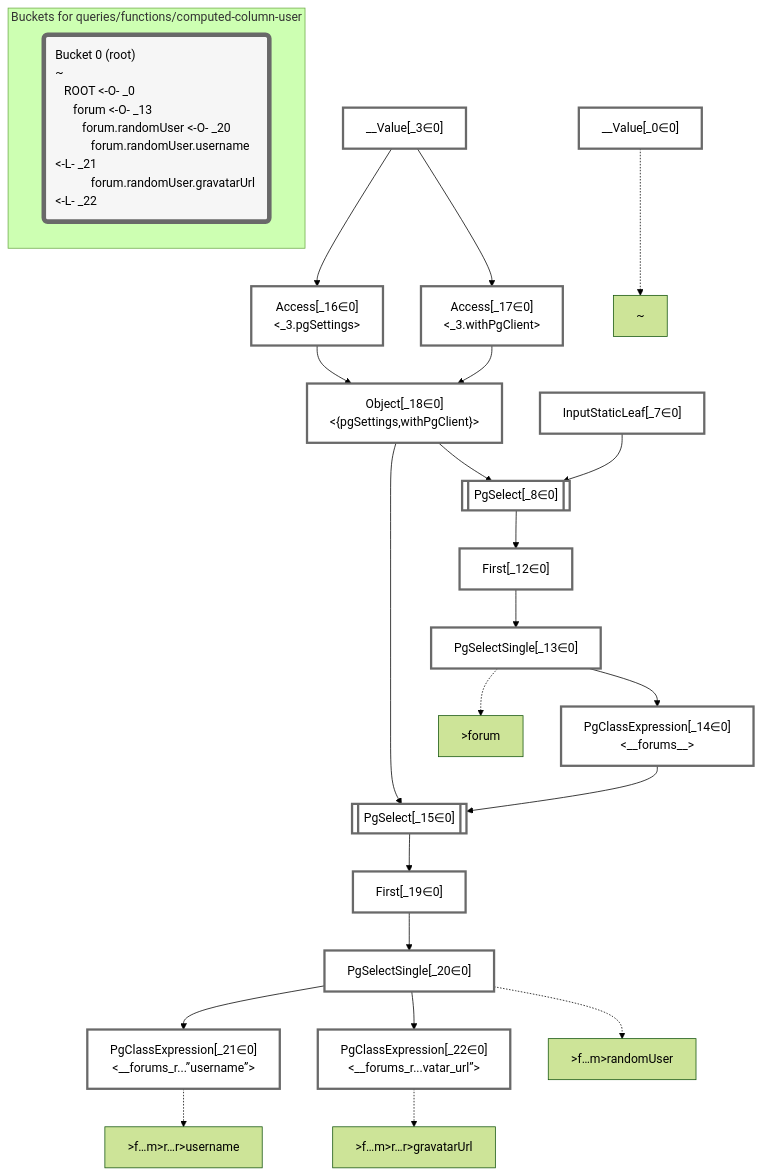
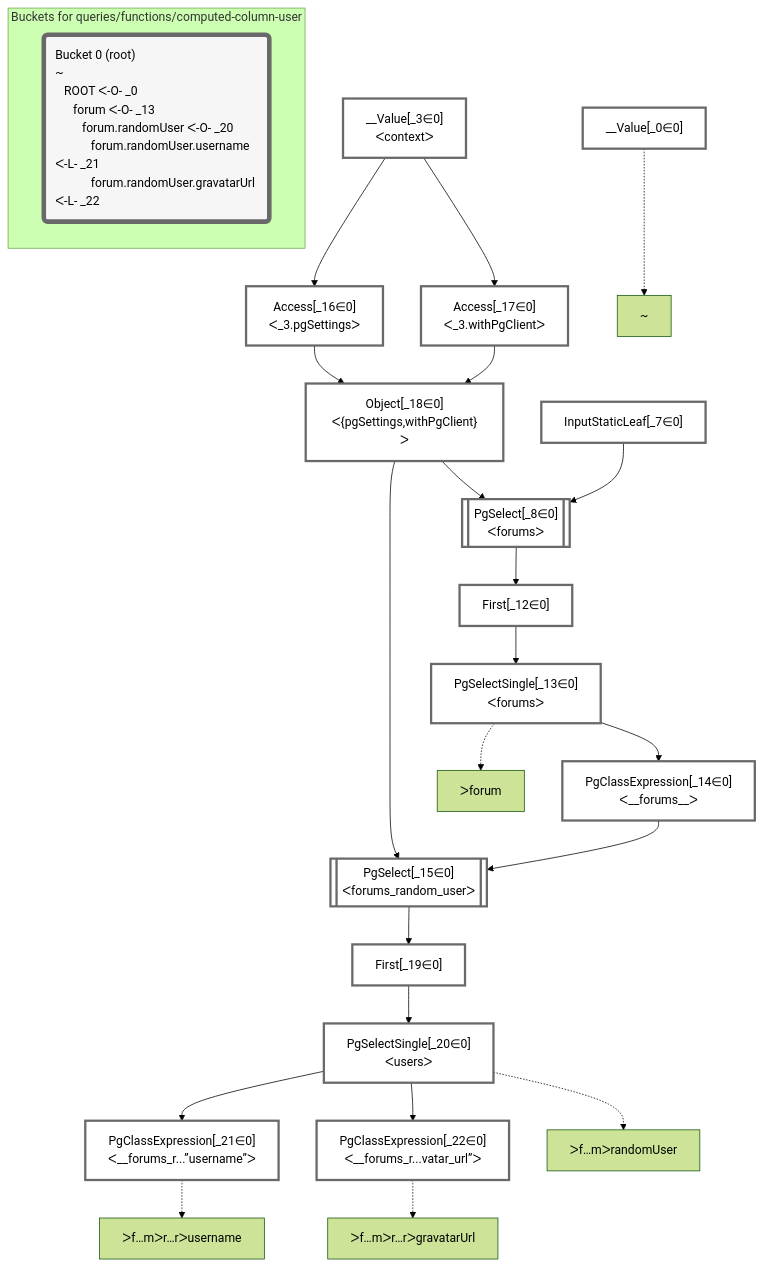
Before and after one commit to graphile/crystal: the diagram in packages/dataplan-pg/__tests__/queries/functions/computed-column-user.deopt.mermaid.md, drawn with Mermaid (forest theme). The commit also changed 195 other files, not shown here.

````diff
--- a/packages/dataplan-pg/__tests__/queries/functions/computed-column-user.deopt.mermaid.md
+++ b/packages/dataplan-pg/__tests__/queries/functions/computed-column-user.deopt.mermaid.md
@@ -1,64 +1,64 @@
 ```mermaid
 graph TD
     classDef path fill:#eee,stroke:#000,color:#000
     classDef plan fill:#fff,stroke-width:3px,color:#000
     classDef itemplan fill:#fff,stroke-width:6px,color:#000
     classDef sideeffectplan fill:#f00,stroke-width:6px,color:#000
     classDef bucket fill:#f6f6f6,color:#000,stroke-width:6px,text-align:left
 
 
     %% define plans
     __Value_0["__Value[_0∈0]"]:::plan
-    __Value_3["__Value[_3∈0]<br /><context>"]:::plan
+    __Value_3["__Value[_3∈0]<br />ᐸcontextᐳ"]:::plan
     InputStaticLeaf_7["InputStaticLeaf[_7∈0]"]:::plan
-    PgSelect_8[["PgSelect[_8∈0]<br /><forums>"]]:::plan
+    PgSelect_8[["PgSelect[_8∈0]<br />ᐸforumsᐳ"]]:::plan
     First_12["First[_12∈0]"]:::plan
-    PgSelectSingle_13["PgSelectSingle[_13∈0]<br /><forums>"]:::plan
-    PgClassExpression_14["PgClassExpression[_14∈0]<br /><__forums__>"]:::plan
-    PgSelect_15[["PgSelect[_15∈0]<br /><forums_random_user>"]]:::plan
-    Access_16["Access[_16∈0]<br /><_3.pgSettings>"]:::plan
-    Access_17["Access[_17∈0]<br /><_3.withPgClient>"]:::plan
-    Object_18["Object[_18∈0]<br /><{pgSettings,withPgClient}>"]:::plan
+    PgSelectSingle_13["PgSelectSingle[_13∈0]<br />ᐸforumsᐳ"]:::plan
+    PgClassExpression_14["PgClassExpression[_14∈0]<br />ᐸ__forums__ᐳ"]:::plan
+    PgSelect_15[["PgSelect[_15∈0]<br />ᐸforums_random_userᐳ"]]:::plan
+    Access_16["Access[_16∈0]<br />ᐸ_3.pgSettingsᐳ"]:::plan
+    Access_17["Access[_17∈0]<br />ᐸ_3.withPgClientᐳ"]:::plan
+    Object_18["Object[_18∈0]<br />ᐸ{pgSettings,withPgClient}ᐳ"]:::plan
     First_19["First[_19∈0]"]:::plan
-    PgSelectSingle_20["PgSelectSingle[_20∈0]<br /><users>"]:::plan
-    PgClassExpression_21["PgClassExpression[_21∈0]<br /><__forums_r...”username”>"]:::plan
-    PgClassExpression_22["PgClassExpression[_22∈0]<br /><__forums_r...vatar_url”>"]:::plan
+    PgSelectSingle_20["PgSelectSingle[_20∈0]<br />ᐸusersᐳ"]:::plan
+    PgClassExpression_21["PgClassExpression[_21∈0]<br />ᐸ__forums_r...”username”ᐳ"]:::plan
+    PgClassExpression_22["PgClassExpression[_22∈0]<br />ᐸ__forums_r...vatar_url”ᐳ"]:::plan
 
     %% plan dependencies
     Object_18 --> PgSelect_8
     InputStaticLeaf_7 --> PgSelect_8
     PgSelect_8 --> First_12
     First_12 --> PgSelectSingle_13
     PgSelectSingle_13 --> PgClassExpression_14
     Object_18 --> PgSelect_15
     PgClassExpression_14 --> PgSelect_15
     __Value_3 --> Access_16
     __Value_3 --> Access_17
     Access_16 --> Object_18
     Access_17 --> Object_18
     PgSelect_15 --> First_19
     First_19 --> PgSelectSingle_20
     PgSelectSingle_20 --> PgClassExpression_21
     PgSelectSingle_20 --> PgClassExpression_22
 
     %% plan-to-path relationships
     P_0["~"]
     __Value_0 -.-> P_0
-    P_13[">forum"]
+    P_13["ᐳforum"]
     PgSelectSingle_13 -.-> P_13
-    P_20[">f…m>randomUser"]
+    P_20["ᐳf…mᐳrandomUser"]
     PgSelectSingle_20 -.-> P_20
-    P_21[">f…m>r…r>username"]
+    P_21["ᐳf…mᐳr…rᐳusername"]
     PgClassExpression_21 -.-> P_21
-    P_22[">f…m>r…r>gravatarUrl"]
+    P_22["ᐳf…mᐳr…rᐳgravatarUrl"]
     PgClassExpression_22 -.-> P_22
 
     %% allocate buckets
     classDef bucket0 stroke:#696969
     class __Value_0,__Value_3,InputStaticLeaf_7,PgSelect_8,First_12,PgSelectSingle_13,PgClassExpression_14,PgSelect_15,Access_16,Access_17,Object_18,First_19,PgSelectSingle_20,PgClassExpression_21,PgClassExpression_22 bucket0
 
     subgraph "Buckets for queries/functions/computed-column-user"
-    Bucket0("Bucket 0 (root)<br />~<br />⠀ROOT <-O- _0<br />⠀⠀forum <-O- _13<br />⠀⠀⠀forum.randomUser <-O- _20<br />⠀⠀⠀⠀forum.randomUser.username <-L- _21<br />⠀⠀⠀⠀forum.randomUser.gravatarUrl <-L- _22"):::bucket
+    Bucket0("Bucket 0 (root)<br />~<br />⠀ROOT ᐸ-O- _0<br />⠀⠀forum ᐸ-O- _13<br />⠀⠀⠀forum.randomUser ᐸ-O- _20<br />⠀⠀⠀⠀forum.randomUser.username ᐸ-L- _21<br />⠀⠀⠀⠀forum.randomUser.gravatarUrl ᐸ-L- _22"):::bucket
     style Bucket0 stroke:#696969
     end
 ```
````
